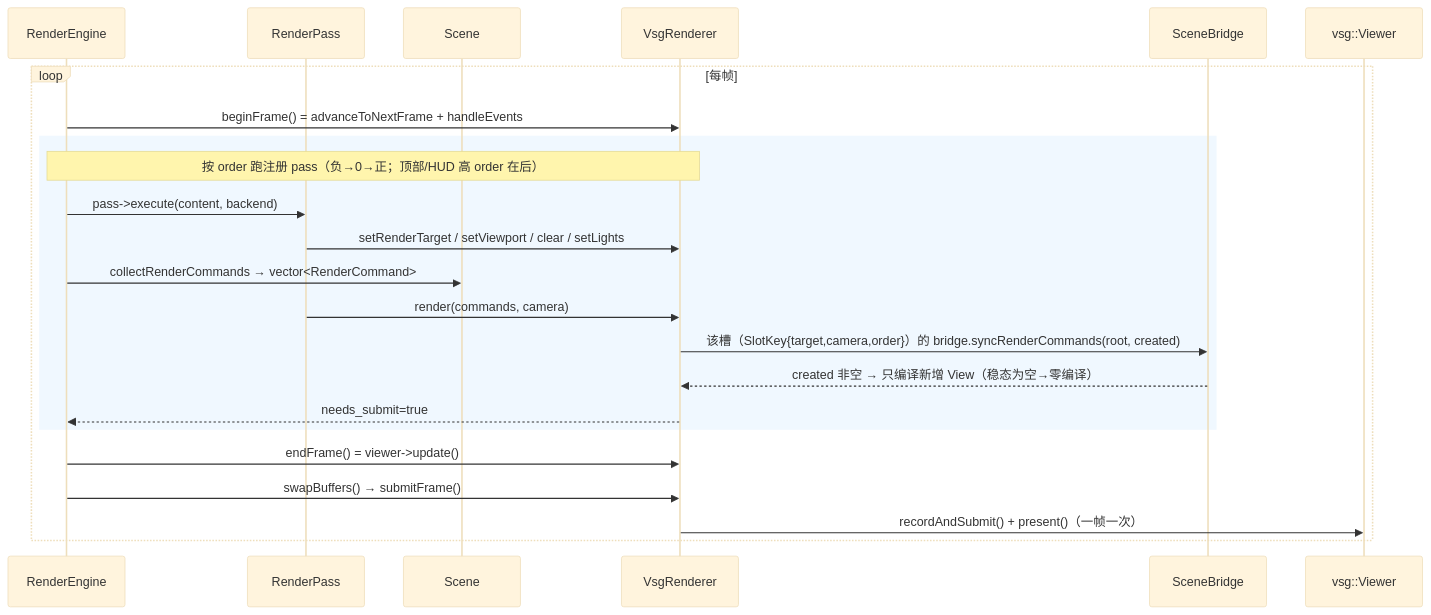
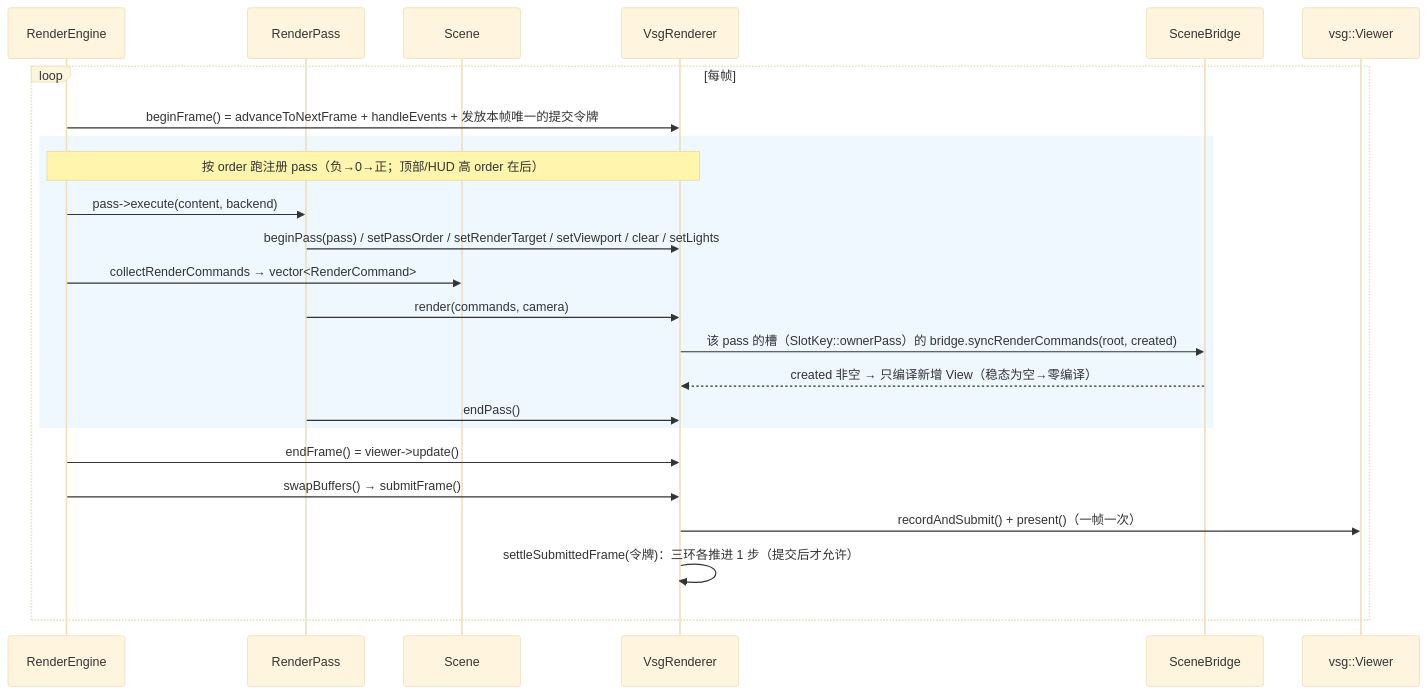
One commit to lonelyong/Vine changed the second of 3 diagrams in src/plugins/gfx_backend_vsg/gfx_backend_vsg.md. Above: the diagram before and after it, drawn with Mermaid (base theme). The commit also changed other lines of this file and 34 other files, not shown here.

````diff
--- a/src/plugins/gfx_backend_vsg/gfx_backend_vsg.md
+++ b/src/plugins/gfx_backend_vsg/gfx_backend_vsg.md
@@ -257,26 +261,27 @@
 ```mermaid
 sequenceDiagram
     participant E as RenderEngine
     participant P as RenderPass
     participant S as Scene
     participant R as VsgRenderer
     participant B as SceneBridge
     participant V as vsg::Viewer
 
     loop 每帧
-        E->>R: beginFrame() = advanceToNextFrame + handleEvents
+        E->>R: beginFrame() = advanceToNextFrame + handleEvents + 发放本帧唯一的提交令牌
         rect rgb(240,248,255)
         note over E,R: 按 order 跑注册 pass（负→0→正；顶部/HUD 高 order 在后）
         E->>P: pass->execute(content, backend)
-        P->>R: setRenderTarget / setViewport / clear / setLights
+        P->>R: beginPass(pass) / setPassOrder / setRenderTarget / setViewport / clear / setLights
         E->>S: collectRenderCommands → vector<RenderCommand>
         P->>R: render(commands, camera)
-        R->>B: 该槽（SlotKey{target,camera,order}）的 bridge.syncRenderCommands(root, created)
+        R->>B: 该 pass 的槽（SlotKey::ownerPass）的 bridge.syncRenderCommands(root, created)
         B-->>R: created 非空 → 只编译新增 View（稳态为空→零编译）
-        R-->>E: needs_submit=true
+        P->>R: endPass()
         end
         E->>R: endFrame() = viewer->update()
         E->>R: swapBuffers() → submitFrame()
         R->>V: recordAndSubmit() + present()（一帧一次）
+        R->>R: settleSubmittedFrame(令牌)：三环各推进 1 步（提交后才允许）
     end
 ```
````
